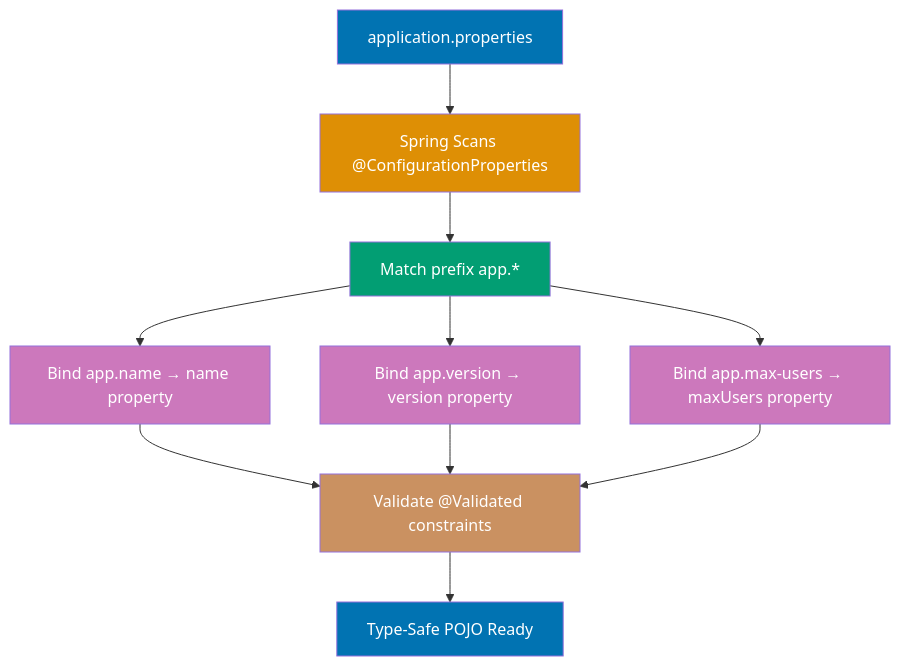
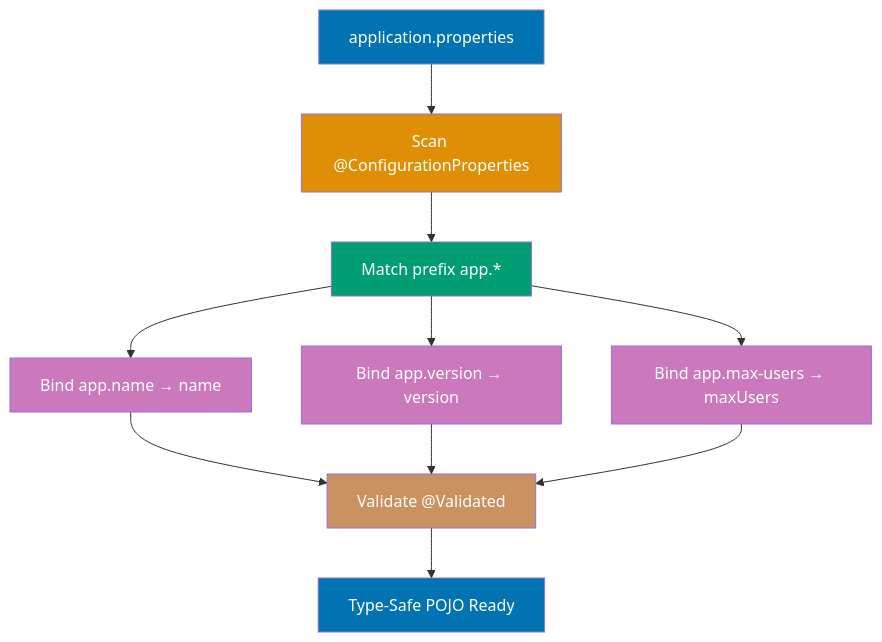
One commit to wahidyankf/open-sharia-enterprise changed the eighth of 10 diagrams in apps/ayokoding-web/content/en/learn/software-engineering/platform-web/tools/jvm-spring-boot/by-example/beginner.md. Above: the diagram before and after it, drawn with Mermaid. The commit also changed other lines of this file and 16 other files, not shown here.

First line of the commit message:
fix(content): fix 46 pre-existing Mermaid violations in tutorial files

````diff
--- a/apps/ayokoding-web/content/en/learn/software-engineering/platform-web/tools/jvm-spring-boot/by-example/beginner.md
+++ b/apps/ayokoding-web/content/en/learn/software-engineering/platform-web/tools/jvm-spring-boot/by-example/beginner.md
@@ -2819,22 +2819,22 @@
 ```mermaid
 %% Color Palette: Blue #0173B2, Orange #DE8F05, Teal #029E73, Purple #CC78BC, Brown #CA9161
 graph TD
-    Props["application.properties"] --> Scan["Spring Scans @ConfigurationProperties"]
+    Props["application.properties"] --> Scan["Scan @ConfigurationProperties"]
     Scan --> Match["Match prefix app.*"]
-    Match --> Bind1["Bind app.name → name property"]
-    Match --> Bind2["Bind app.version → version property"]
-    Match --> Bind3["Bind app.max-users → maxUsers property"]
-    Bind1 --> Validate["Validate @Validated constraints"]
+    Match --> Bind1["Bind app.name → name"]
+    Match --> Bind2["Bind app.version → version"]
+    Match --> Bind3["Bind app.max-users → maxUsers"]
+    Bind1 --> Validate["Validate @Validated"]
     Bind2 --> Validate
     Bind3 --> Validate
     Validate --> POJO["Type-Safe POJO Ready"]
 
     style Props fill:#0173B2,color:#fff
     style Scan fill:#DE8F05,color:#fff
     style Match fill:#029E73,color:#fff
     style Bind1 fill:#CC78BC,color:#fff
     style Bind2 fill:#CC78BC,color:#fff
     style Bind3 fill:#CC78BC,color:#fff
     style Validate fill:#CA9161,color:#fff
     style POJO fill:#0173B2,color:#fff
 ```
````
